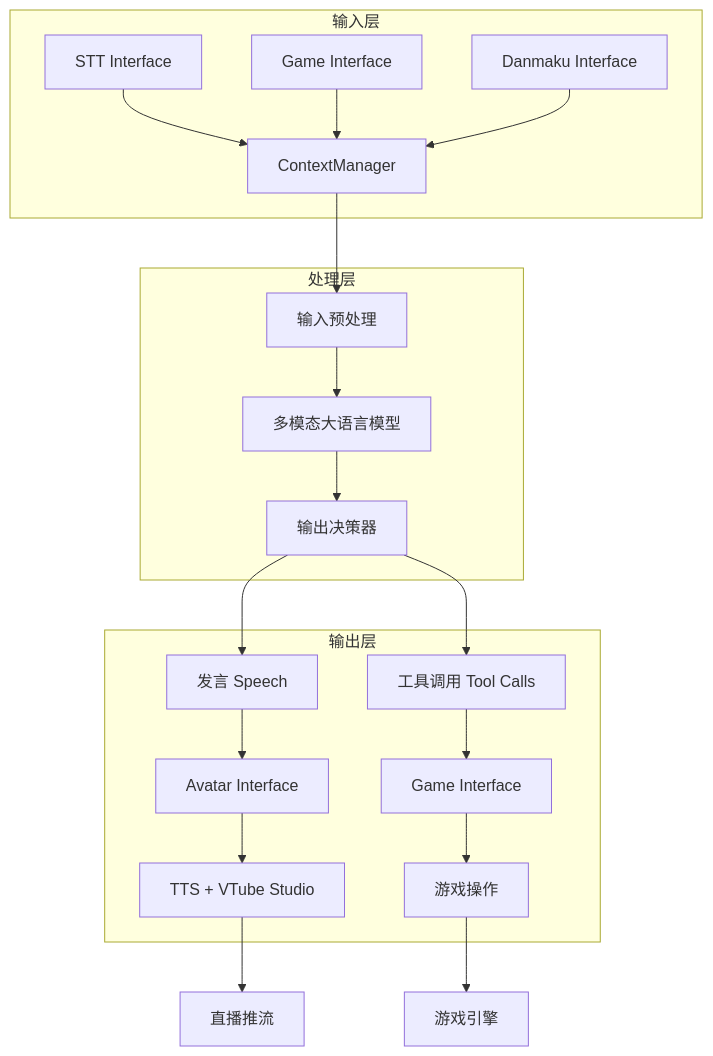
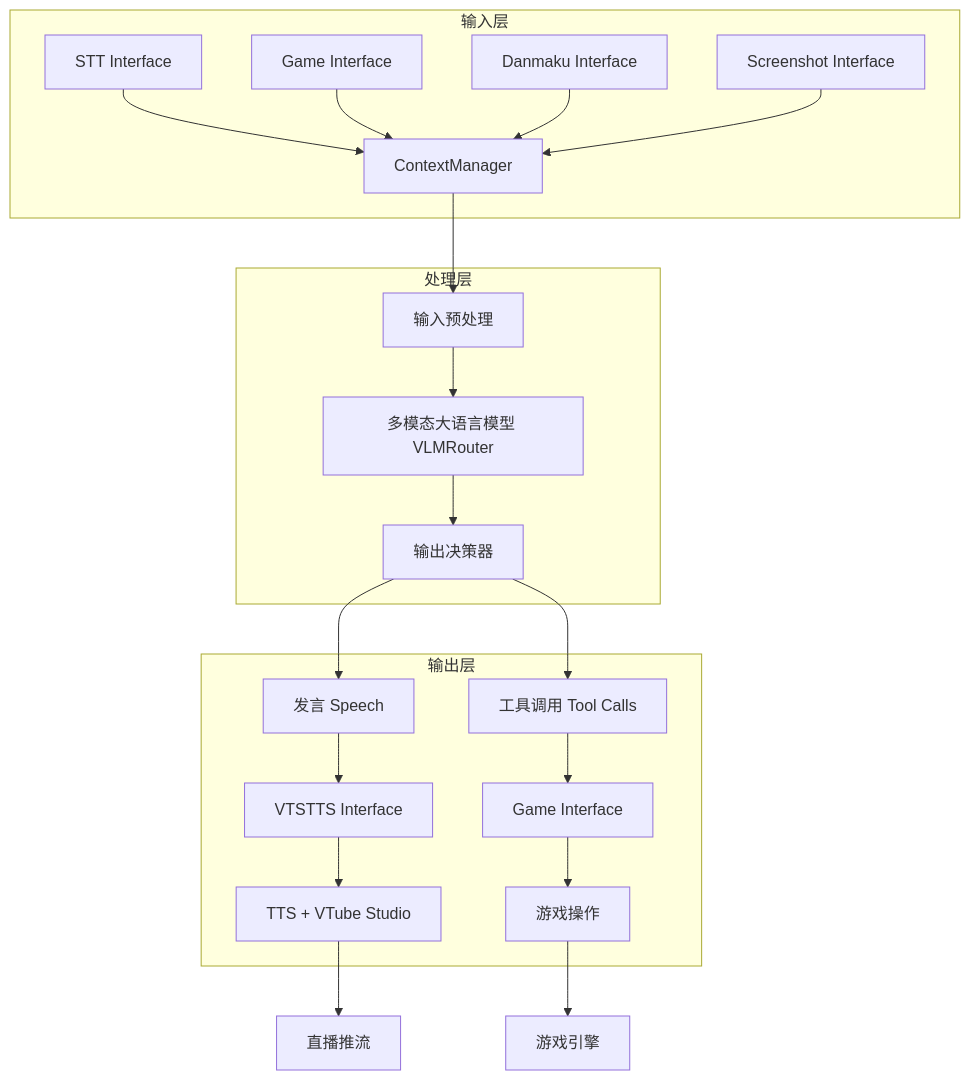
One commit to TkskKurumi/caibao-vt changed the first of 3 diagrams in plans/architecture.md. Above: the diagram before and after it, drawn with Mermaid. The commit also changed other lines of this file and 4 other files, not shown here.

````diff
--- a/plans/architecture.md
+++ b/plans/architecture.md
@@ -18,26 +18,27 @@
 ```mermaid
 graph TB
     subgraph 输入层
         A1[STT Interface] --> A[ContextManager]
         A2[Game Interface] --> A
         A3[Danmaku Interface] --> A
+        A4[Screenshot Interface] --> A
     end
     
     subgraph 处理层
         A --> B[输入预处理]
-        B --> C[多模态大语言模型]
+        B --> C[多模态大语言模型 VLMRouter]
         C --> D[输出决策器]
     end
     
     subgraph 输出层
         D --> E1[发言 Speech]
         D --> E2[工具调用 Tool Calls]
-        E1 --> F[Avatar Interface]
+        E1 --> F[VTSTTS Interface]
         E2 --> G[Game Interface]
         F --> H[TTS + VTube Studio]
         G --> I[游戏操作]
     end
     
     H --> J[直播推流]
     I --> K[游戏引擎]
 ```
````
